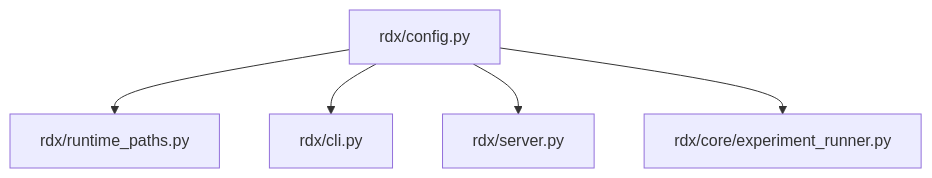
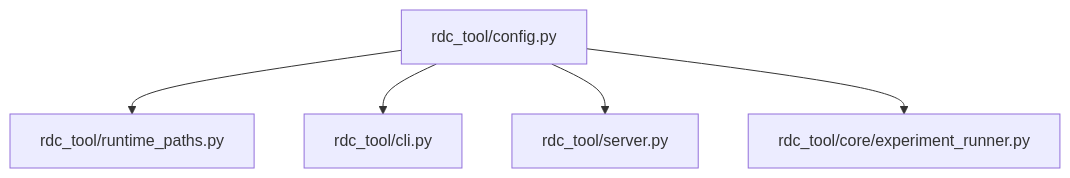
The seventh of 7 diagrams in .qoder/repowiki/zh/content/运行时管理/配置管理系统.md (haolange/RDC-Tool), drawn with Mermaid before and after one commit. The commit also changed other lines of this file and 388 other files, not shown here.

First line of the commit message:
Release RDC-Tool identity and public maintenance surface

````diff
--- a/.qoder/repowiki/zh/content/运行时管理/配置管理系统.md
+++ b/.qoder/repowiki/zh/content/运行时管理/配置管理系统.md
@@ -234,7 +234,7 @@
 ```mermaid
 graph TB
-Config["rdx/config.py"] --> Paths["rdx/runtime_paths.py"]
-Config --> CLI["rdx/cli.py"]
-Config --> Server["rdx/server.py"]
-Config --> Exp["rdx/core/experiment_runner.py"]
+Config["rdc_tool/config.py"] --> Paths["rdc_tool/runtime_paths.py"]
+Config --> CLI["rdc_tool/cli.py"]
+Config --> Server["rdc_tool/server.py"]
+Config --> Exp["rdc_tool/core/experiment_runner.py"]
 ```
````
